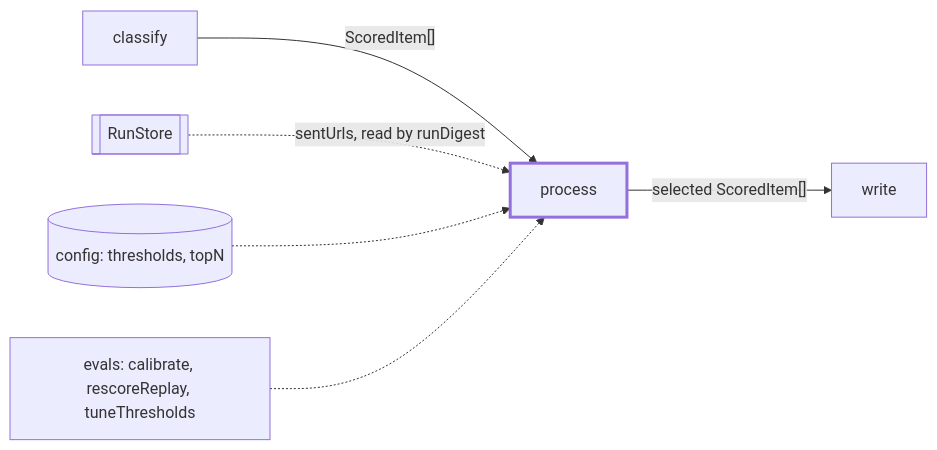
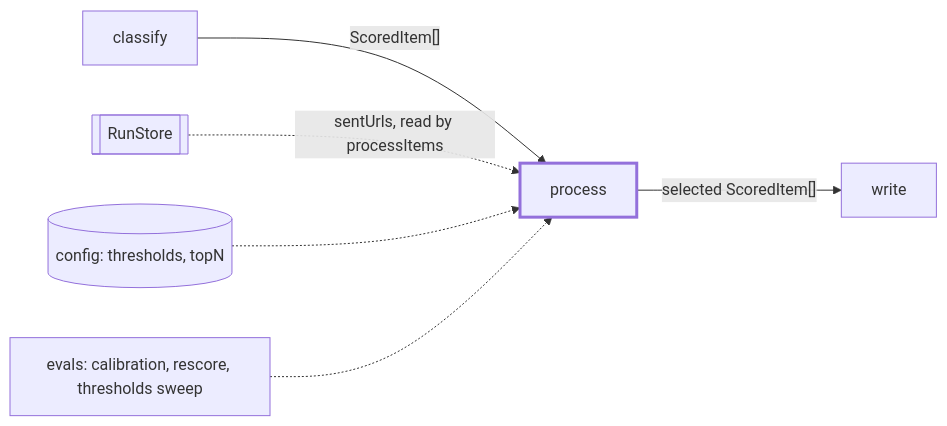
The first of 2 diagrams in src/process/CLAUDE.md (odere-pro/weekly-engineering-digest-agent), drawn with Mermaid before and after one commit. The commit also changed other lines of this file and 119 other files, not shown here.

````diff
--- a/src/process/CLAUDE.md
+++ b/src/process/CLAUDE.md
@@ -11,8 +11,8 @@
 ```mermaid
 flowchart LR
   classify -->|"ScoredItem[]"| process:::focus -->|"selected ScoredItem[]"| write
-  store[[RunStore]] -.->|"sentUrls, read by runDigest"| process
+  store[[RunStore]] -.->|"sentUrls, read by processItems"| process
   cfg[("config: thresholds, topN")] -.-> process
-  evals["evals: calibrate, rescoreReplay, tuneThresholds"] -.-> process
+  evals["evals: calibration, rescore, thresholds sweep"] -.-> process
   classDef focus stroke-width:3px
 ```
````
